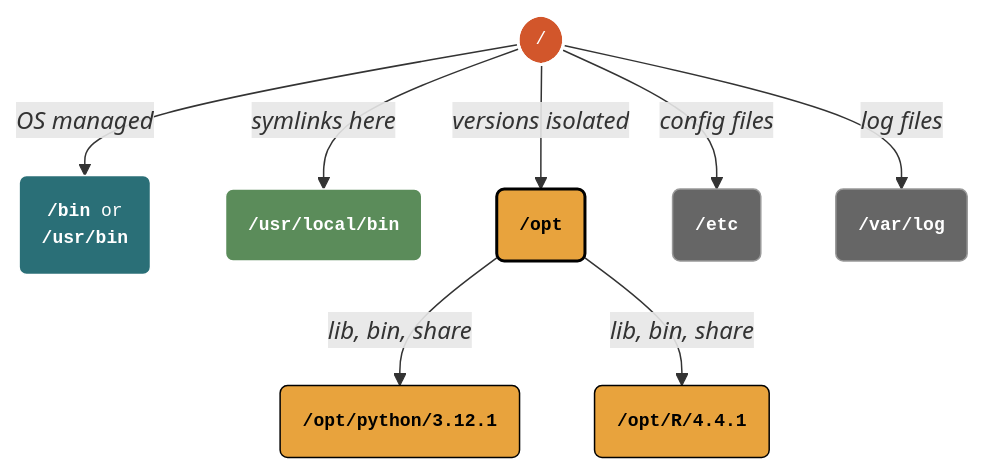
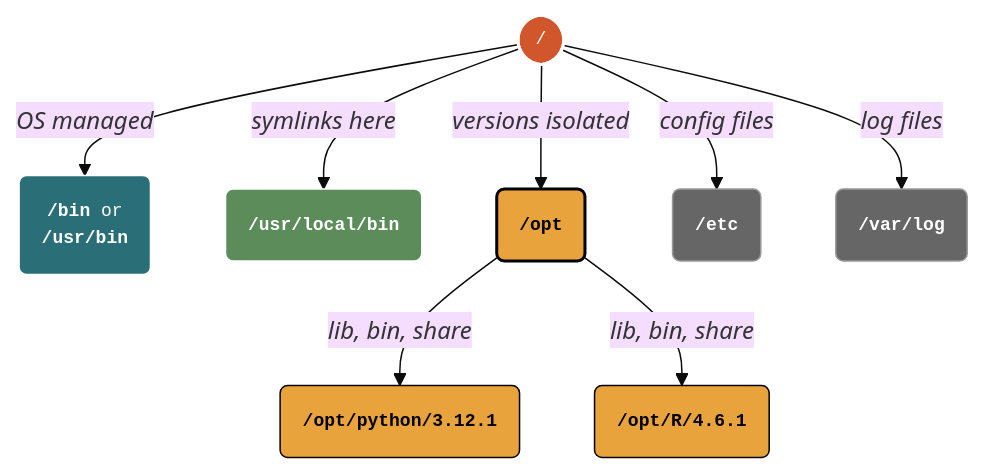
Before and after one commit to mjfrigaard/do4ds-labs: the third of 6 diagrams in install-apps.qmd, drawn with Mermaid. The commit also changed other lines of this file and 510 other files, not shown here.

````diff
--- a/install-apps.qmd
+++ b/install-apps.qmd
@@ -168,34 +168,34 @@
 ```{mermaid}
 %%| fig-cap: 'Application Filesystem Hierarchy'
 %%| fig-width: 7.0
 %%| fig-align: 'center'
-%%{init: {'theme': 'base', 'themeVariables': {'fontFamily': 'monospace'}}}}%%
+%%{init: {'theme': 'base', 'themeVariables': {'fontFamily': 'monospace'}}}%%
 
 graph TD
     Root(["/"])
     Bin("<strong>/bin</strong> or<br><strong>/usr/bin</strong>")
     Local("<strong>/usr/local/bin</strong>")
     Opt("<strong>/opt</strong>")
     OptPy("<strong>/opt/python/3.12.1</strong>")
-    OptR("<strong>/opt/R/4.4.1</strong>")
+    OptR("<strong>/opt/R/4.6.1</strong>")
     Etc("<strong>/etc</strong>")
     Log("<strong>/var/log</strong>")
 
     Root --"<em>OS managed</em>"--> Bin
     Root --"<em>symlinks here</em>"--> Local
     Root --"<em>versions isolated</em>"--> Opt
     Root --"<em>config files</em>"--> Etc
     Root --"<em>log files</em>"--> Log
     Opt --"<em>lib, bin, share</em>"--> OptPy
     Opt --"<em>lib, bin, share</em>"--> OptR
 
     style Root fill:#d2562b,stroke:#fff,stroke-width:2px,color:#fff,font-size:12px,font-family:monospace
     style Bin fill:#2a6f77,stroke:#fff,stroke-width:1px,color:#fff,font-size:12px,font-family:monospace
     style Local fill:#5b8c5a,stroke:#fff,stroke-width:1px,color:#fff,font-size:12px,font-family:monospace
     style Opt fill:#e8a33d,stroke:#000,stroke-width:2px,color:#000,font-size:12px,font-family:monospace
     style OptPy fill:#e8a33d,stroke:#000,stroke-width:1px,color:#000,font-size:12px,font-family:monospace
     style OptR fill:#e8a33d,stroke:#000,stroke-width:1px,color:#000,font-size:12px,font-family:monospace
     style Etc fill:#666,stroke:#999,stroke-width:1px,color:#fff,font-size:12px,font-family:monospace
     style Log fill:#666,stroke:#999,stroke-width:1px,color:#fff,font-size:12px,font-family:monospace
     
 ```
````
